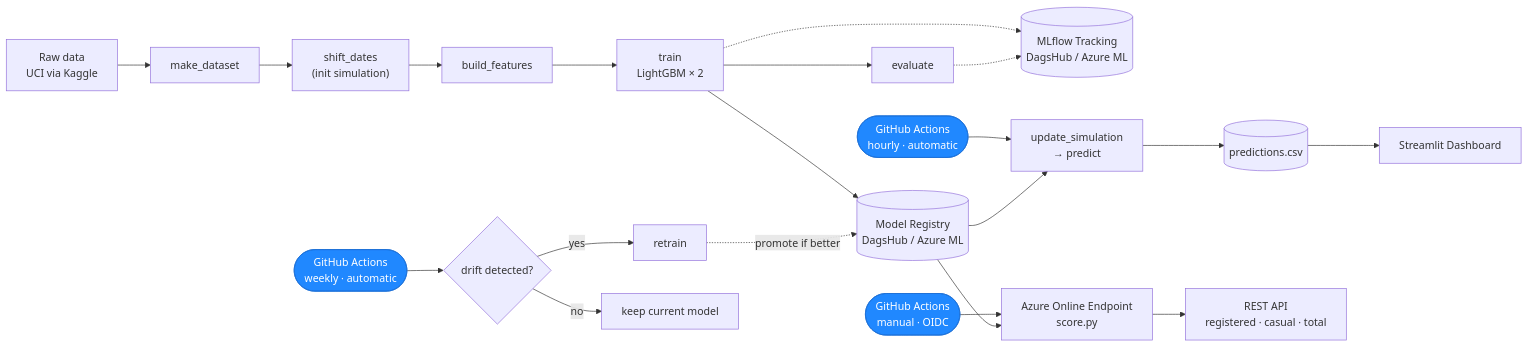
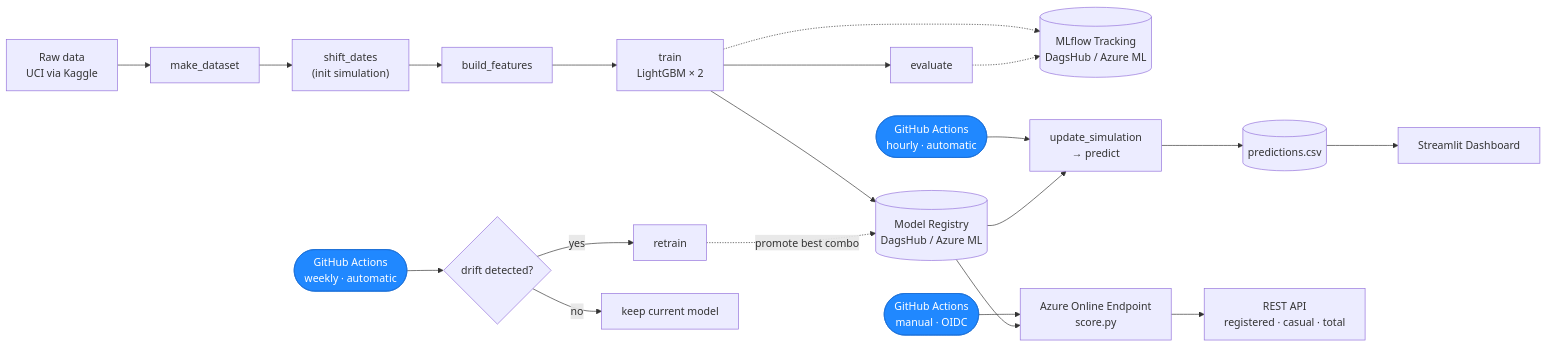
Before and after one commit to robertogarces/bike-sharing-forecast: the diagram in README.md, drawn with Mermaid. The commit also changed other lines of this file, not shown here.

````diff
--- a/README.md
+++ b/README.md
@@ -63,20 +64,20 @@
 ```mermaid
 flowchart LR
     raw["Raw data<br/>UCI via Kaggle"] --> make[make_dataset] --> shift["shift_dates<br/>(init simulation)"] --> feat[build_features] --> train["train<br/>LightGBM × 2"] --> eval[evaluate]
     train --> reg[("Model Registry<br/>DagsHub / Azure ML")]
     train -.-> track[("MLflow Tracking<br/>DagsHub / Azure ML")]
     eval -.-> track
 
     cronH(["GitHub Actions<br/>hourly · automatic"]) --> predict["update_simulation<br/>→ predict"] --> preds[("predictions.csv")] --> dash["Streamlit Dashboard"]
     reg --> predict
 
     cronW(["GitHub Actions<br/>weekly · automatic"]) --> drift{"drift detected?"}
-    drift -->|yes| retrain[retrain] -.->|promote if better| reg
+    drift -->|yes| retrain[retrain] -.->|promote best combo| reg
     drift -->|no| keep["keep current model"]
 
     deploy(["GitHub Actions<br/>manual · OIDC"]) --> endpoint["Azure Online Endpoint<br/>score.py"] --> api["REST API<br/>registered · casual · total"]
     reg --> endpoint
 
     classDef gha fill:#2088FF,color:#ffffff,stroke:#1b6fd6;
     class cronH,cronW,deploy gha
 ```
````
